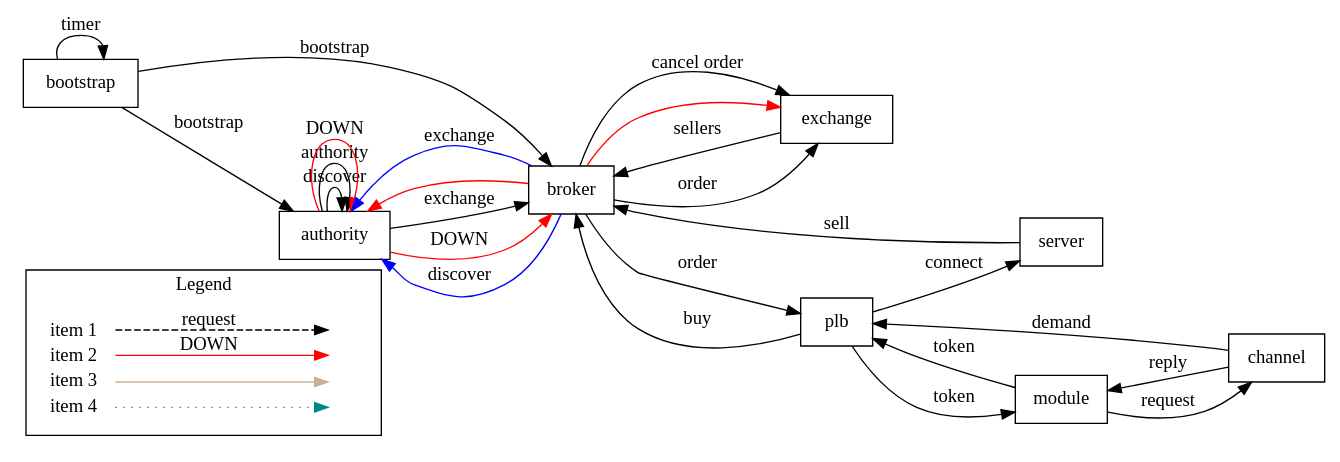
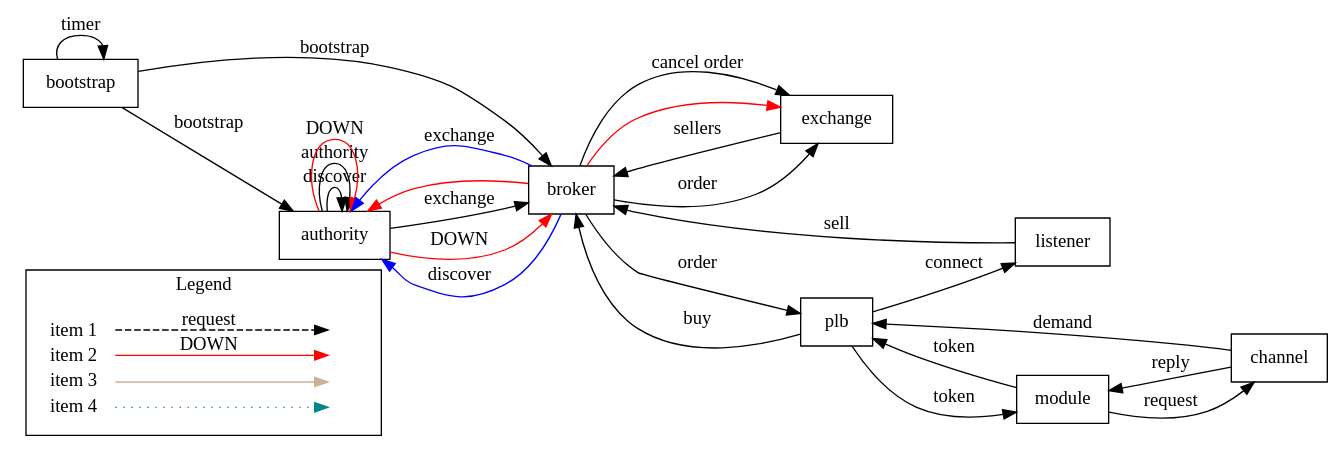
Before and after one commit to max-au/lambda: the diagram in doc/COMM.dot, drawn with Graphviz. The commit also changed 11 other files, not shown here.

Commit message:
lambda: renamed server to listener

```diff
--- a/doc/COMM.dot
+++ b/doc/COMM.dot
@@ -1,63 +1,63 @@
 digraph G {
   rankdir=LR
   node [shape=plaintext]
   subgraph cluster_01 {
     label = "Legend";
     key [label=<<table border="0" cellpadding="2" cellspacing="0" cellborder="0">
     <tr><td align="right" port="i1">item 1</td></tr>
     <tr><td align="right" port="i2">item 2</td></tr>
     <tr><td align="right" port="i3">item 3</td></tr>
     <tr><td align="right" port="i4">item 4</td></tr>
     </table>>]
     key2 [label=<<table border="0" cellpadding="2" cellspacing="0" cellborder="0">
     <tr><td port="i1">&nbsp;</td></tr>
     <tr><td port="i2">&nbsp;</td></tr>
     <tr><td port="i3">&nbsp;</td></tr>
     <tr><td port="i4">&nbsp;</td></tr>
     </table>>]
     key:i1:e -> key2:i1:w [style=dashed, label = "request"]
     key:i2:e -> key2:i2:w [color=red, label = "DOWN"]
     key:i3:e -> key2:i3:w [color=peachpuff3, labe = "response"]
     key:i4:e -> key2:i4:w [color=turquoise4, style=dotted]
   }
 
     bootstrap [shape = box];
     bootstrap -> bootstrap [label = "timer"];
     bootstrap -> authority [label = "bootstrap"];
     bootstrap -> broker [label = "bootstrap"];
 
     authority [shape = box];
     authority -> authority [label = "discover"];
     authority -> authority [label = "authority"];
     authority -> broker [label = "exchange"];
     authority -> broker [label = "DOWN", color = red];
     authority -> authority [label = "DOWN", color = red];
 
     exchange [shape = box];
     exchange -> broker [label = "sellers"];
 
     broker [shape = box];
     broker -> authority [label = "discover", color = blue];
     broker -> authority [label = "exchange", color = blue];
     broker -> authority [color = red];
     broker -> exchange [label = "order"];
     broker -> exchange [label = "cancel order"];
     broker -> exchange [color = red];
     broker -> plb [label = "order"];
 
     plb [shape = box];
     plb -> broker [label = "buy"];
-    plb -> server [label = "connect"];
+    plb -> listener [label = "connect"];
     plb -> code [label = "token"];
 
-    server [shape = box];
-    server -> broker [label = "sell"];
+    listener [shape = box];
+    listener -> broker [label = "sell"];
 
     channel [shape = box];
     channel -> code [label = "reply"];
     channel -> plb [label = "demand"];
 
     code [label = "module", shape = "box"];
     code -> plb [label = "token"];
     code -> channel [label = "request"];
 }
```
